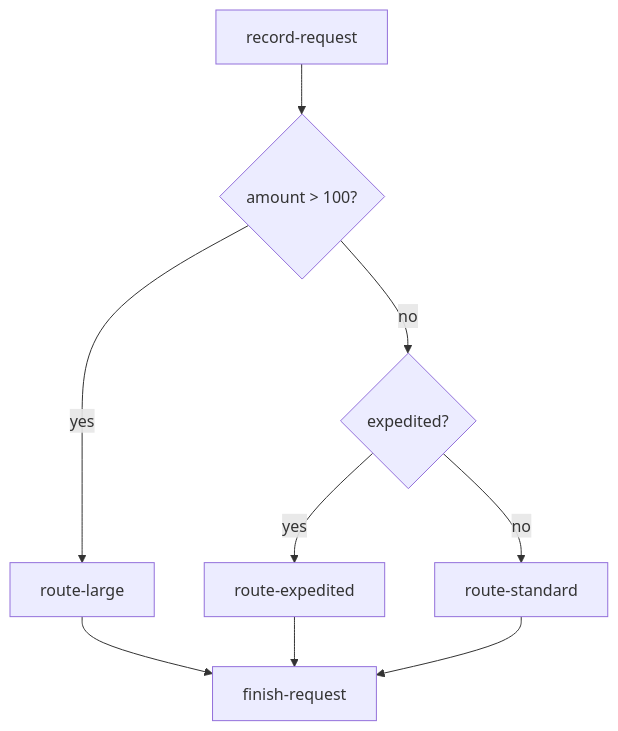
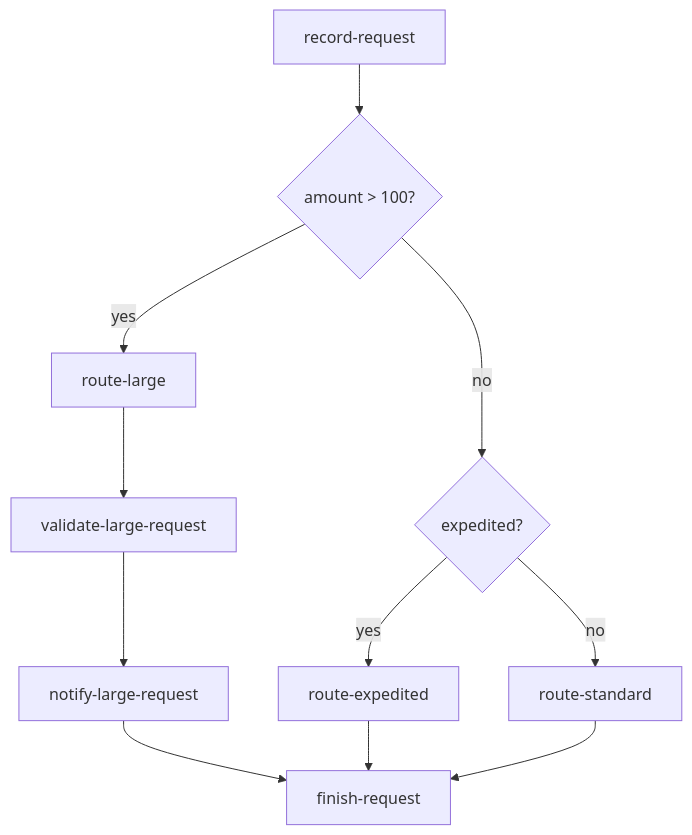
One commit to littlehorse-enterprises/lh-developer-hub changed the diagram in examples/lh-server/java/25-conditionals/README.md. Above: the diagram before and after it, drawn with Mermaid. The commit also changed other lines of this file and 2 other files, not shown here.

Commit message:
feat: improve java conditional example by adding more tasks

````diff
--- a/examples/lh-server/java/25-conditionals/README.md
+++ b/examples/lh-server/java/25-conditionals/README.md
@@ -13,11 +13,13 @@
 ```mermaid
 flowchart TD
     A[record-request] --> B{amount > 100?}
     B -->|yes| C[route-large]
+    C --> C2[validate-large-request]
+    C2 --> C3[notify-large-request]
     B -->|no| D{expedited?}
     D -->|yes| E[route-expedited]
     D -->|no| F[route-standard]
-    C --> G[finish-request]
+    C3 --> G[finish-request]
     E --> G
     F --> G
 ```
````
